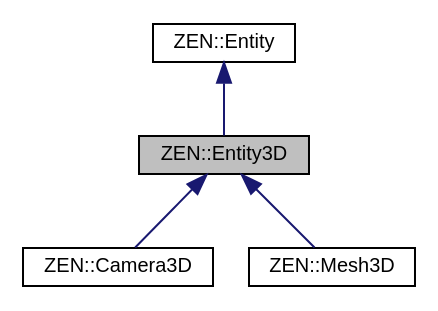
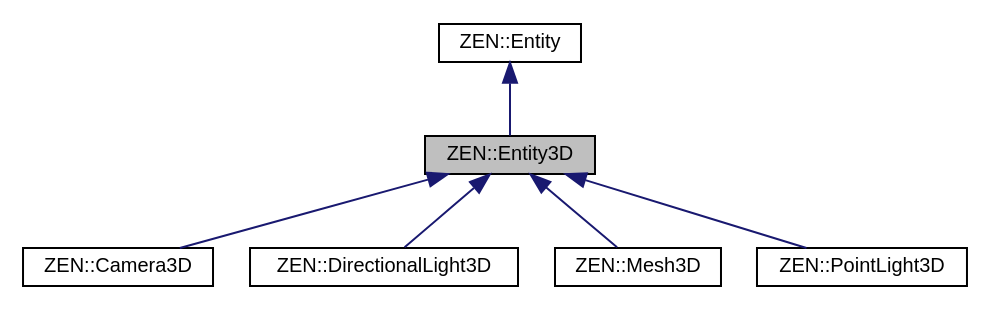
One commit to markhj/zeronetics changed the diagram in classZEN_1_1Entity3D__inherit__graph.dot. Above: the diagram before and after it, drawn with Graphviz. The commit also changed 163 other files, not shown here.

```diff
--- a/classZEN_1_1Entity3D__inherit__graph.dot
+++ b/classZEN_1_1Entity3D__inherit__graph.dot
@@ -1,13 +1,17 @@
 digraph "ZEN::Entity3D"
 {
  // LATEX_PDF_SIZE
   edge [fontname="Helvetica",fontsize="10",labelfontname="Helvetica",labelfontsize="10"];
   node [fontname="Helvetica",fontsize="10",shape=record];
   Node1 [label="ZEN::Entity3D",height=0.2,width=0.4,color="black", fillcolor="grey75", style="filled", fontcolor="black",tooltip=" "];
   Node2 -> Node1 [dir="back",color="midnightblue",fontsize="10",style="solid",fontname="Helvetica"];
   Node2 [label="ZEN::Entity",height=0.2,width=0.4,color="black", fillcolor="white", style="filled",URL="$classZEN_1_1Entity.html",tooltip=" "];
   Node1 -> Node3 [dir="back",color="midnightblue",fontsize="10",style="solid",fontname="Helvetica"];
   Node3 [label="ZEN::Camera3D",height=0.2,width=0.4,color="black", fillcolor="white", style="filled",URL="$classZEN_1_1Camera3D.html",tooltip=" "];
   Node1 -> Node4 [dir="back",color="midnightblue",fontsize="10",style="solid",fontname="Helvetica"];
-  Node4 [label="ZEN::Mesh3D",height=0.2,width=0.4,color="black", fillcolor="white", style="filled",URL="$classZEN_1_1Mesh3D.html",tooltip=" "];
+  Node4 [label="ZEN::DirectionalLight3D",height=0.2,width=0.4,color="black", fillcolor="white", style="filled",URL="$classZEN_1_1DirectionalLight3D.html",tooltip=" "];
+  Node1 -> Node5 [dir="back",color="midnightblue",fontsize="10",style="solid",fontname="Helvetica"];
+  Node5 [label="ZEN::Mesh3D",height=0.2,width=0.4,color="black", fillcolor="white", style="filled",URL="$classZEN_1_1Mesh3D.html",tooltip=" "];
+  Node1 -> Node6 [dir="back",color="midnightblue",fontsize="10",style="solid",fontname="Helvetica"];
+  Node6 [label="ZEN::PointLight3D",height=0.2,width=0.4,color="black", fillcolor="white", style="filled",URL="$classZEN_1_1PointLight3D.html",tooltip=" "];
 }
```
